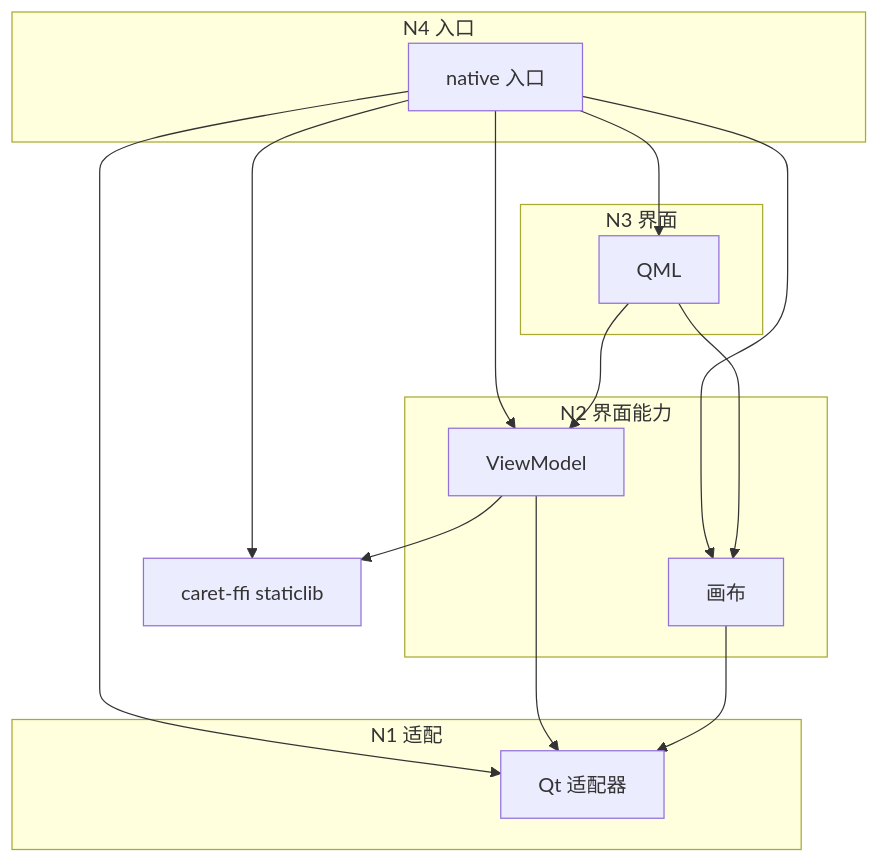
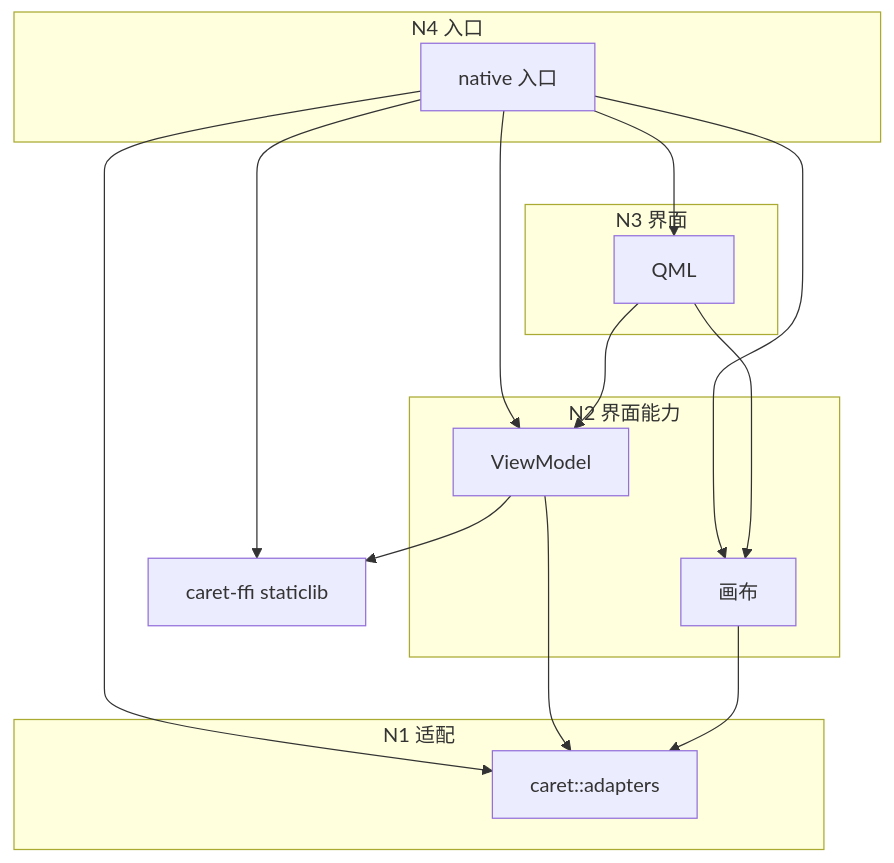
One commit to VibeSTEM/caret changed the second of 2 diagrams in ai-docs/standards/layering.md. Above: the diagram before and after it, drawn with Mermaid. The commit also changed other lines of this file and 95 other files, not shown here.

````diff
--- a/ai-docs/standards/layering.md
+++ b/ai-docs/standards/layering.md
@@ -64,29 +64,29 @@
 ```mermaid
 flowchart TB
   subgraph N4["N4 入口"]
     entry["native 入口"]
   end
   subgraph N3["N3 界面"]
     qml["QML"]
   end
   subgraph N2["N2 界面能力"]
     vm["ViewModel"]
     canvas["画布"]
   end
   subgraph N1["N1 适配"]
-    adapter["Qt 适配器"]
+    adapter["caret::adapters"]
   end
   staticlib["caret-ffi staticlib"]
 
   entry --> qml
   entry --> vm
   entry --> canvas
   entry --> adapter
   entry --> staticlib
   qml --> vm
   qml --> canvas
   vm --> adapter
   vm --> staticlib
   canvas --> adapter
   vm ~~~ canvas
 ```
````
